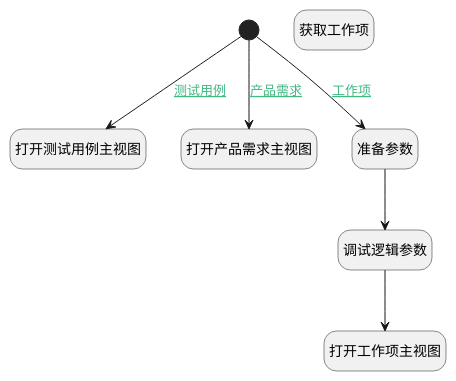
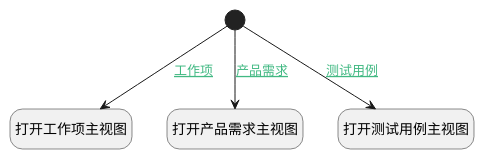
The diagram in doc/docsify/module/Base/workload/uilogic/open_main_view.md (iBizLab/plm), drawn with PlantUML before and after one commit. The commit also changed other lines of this file and 2344 other files, not shown here.

````diff
--- a/doc/docsify/module/Base/workload/uilogic/open_main_view.md
+++ b/doc/docsify/module/Base/workload/uilogic/open_main_view.md
@@ -7,28 +7,23 @@
 ```plantuml
 @startuml
 hide footbox
 <style>
 root {
   HyperlinkColor #42b983
 }
 </style>
 
 hide empty description
 state "开始" as Begin <<start>> [[$./open_main_view#begin {开始}]]
-state "获取工作项" as DEACTION1  [[$./open_main_view#deaction1 {获取工作项}]]
 state "打开工作项主视图" as DEUIACTION1  [[$./open_main_view#deuiaction1 {打开工作项主视图}]]
+state "打开产品需求主视图" as DEUIACTION3  [[$./open_main_view#deuiaction3 {打开产品需求主视图}]]
 state "打开测试用例主视图" as DEUIACTION2  [[$./open_main_view#deuiaction2 {打开测试用例主视图}]]
-state "调试逻辑参数" as DEBUGPARAM1  [[$./open_main_view#debugparam1 {调试逻辑参数}]]
-state "打开产品需求主视图" as DEUIACTION3  [[$./open_main_view#deuiaction3 {打开产品需求主视图}]]
-state "准备参数" as PREPAREJSPARAM1  [[$./open_main_view#preparejsparam1 {准备参数}]]
 
 
-Begin --> PREPAREJSPARAM1 : [[$./open_main_view#begin-preparejsparam1{工作项} 工作项]]
-PREPAREJSPARAM1 --> DEBUGPARAM1
-DEBUGPARAM1 --> DEUIACTION1
+Begin --> DEUIACTION1 : [[$./open_main_view#begin-deuiaction1{工作项} 工作项]]
 Begin --> DEUIACTION2 : [[$./open_main_view#begin-deuiaction2{测试用例} 测试用例]]
 Begin --> DEUIACTION3 : [[$./open_main_view#begin-deuiaction3{产品需求} 产品需求]]
 
 
 @enduml
 ```
````
